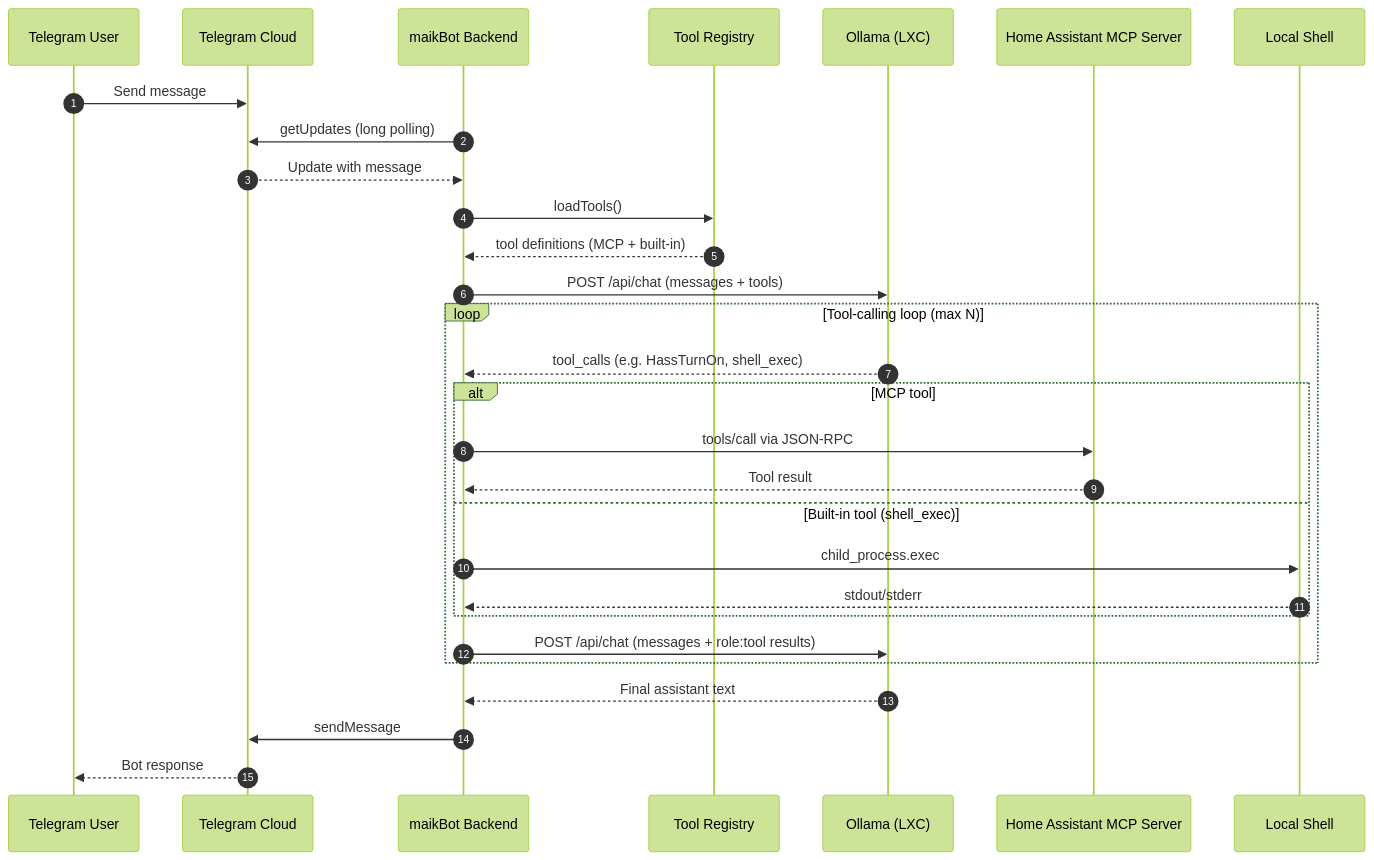
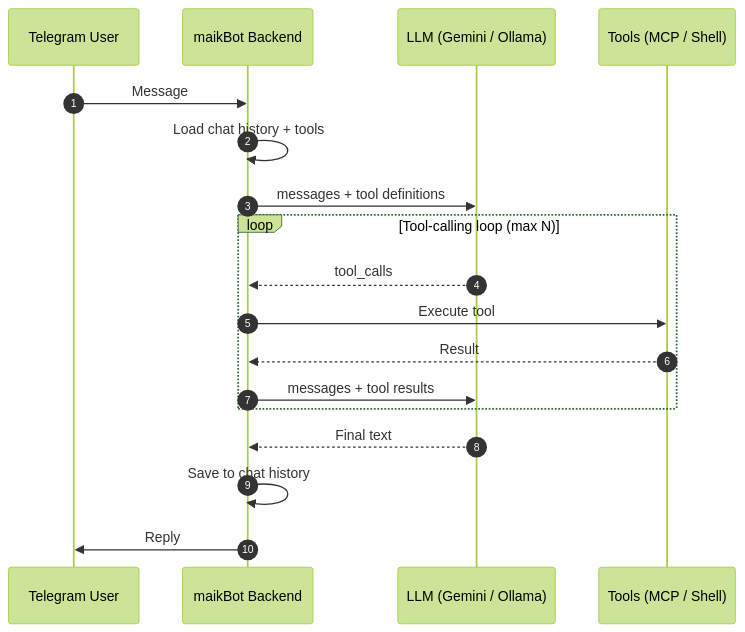
Before and after one commit to MaikUnglert/maikBot: the second of 2 diagrams in README.md, drawn with Mermaid (forest theme). The commit also changed other lines of this file and 16 other files, not shown here.

First line of the commit message:
Add multi-provider LLM support (Gemini + Ollama) and chat history

````diff
--- a/README.md
+++ b/README.md
@@ -49,35 +40,23 @@
 ```mermaid
 sequenceDiagram
     autonumber
     participant U as Telegram User
-    participant TG as Telegram Cloud
     participant B as maikBot Backend
-    participant TR as Tool Registry
-    participant O as Ollama (LXC)
-    participant M as Home Assistant MCP Server
-    participant SH as Local Shell
+    participant LLM as LLM (Gemini / Ollama)
+    participant T as Tools (MCP / Shell)
 
-    U->>TG: Send message
-    B->>TG: getUpdates (long polling)
-    TG-->>B: Update with message
-
-    B->>TR: loadTools()
-    TR-->>B: tool definitions (MCP + built-in)
-    B->>O: POST /api/chat (messages + tools)
+    U->>B: Message
+    B->>B: Load chat history + tools
+    B->>LLM: messages + tool definitions
 
     loop Tool-calling loop (max N)
-        O-->>B: tool_calls (e.g. HassTurnOn, shell_exec)
-        alt MCP tool
-            B->>M: tools/call via JSON-RPC
-            M-->>B: Tool result
-        else Built-in tool (shell_exec)
-            B->>SH: child_process.exec
-            SH-->>B: stdout/stderr
-        end
-        B->>O: POST /api/chat (messages + role:tool results)
+        LLM-->>B: tool_calls
+        B->>T: Execute tool
+        T-->>B: Result
+        B->>LLM: messages + tool results
     end
 
-    O-->>B: Final assistant text
-    B->>TG: sendMessage
-    TG-->>U: Bot response
+    LLM-->>B: Final text
+    B->>B: Save to chat history
+    B->>U: Reply
 ```
````
